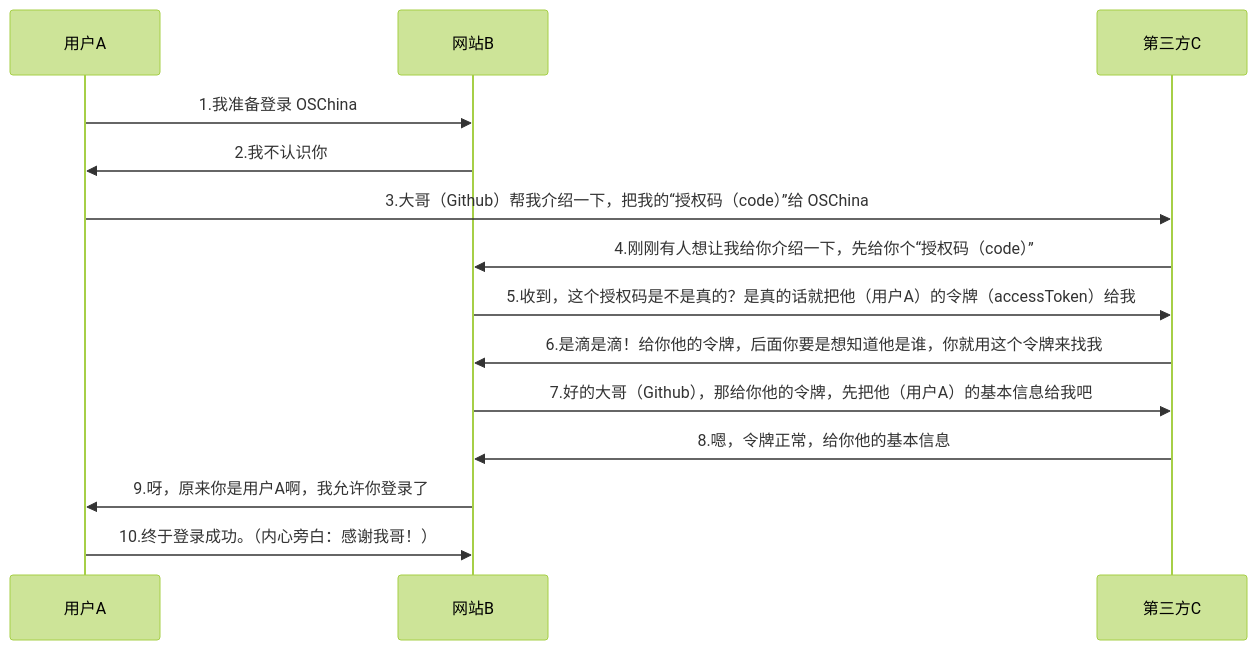
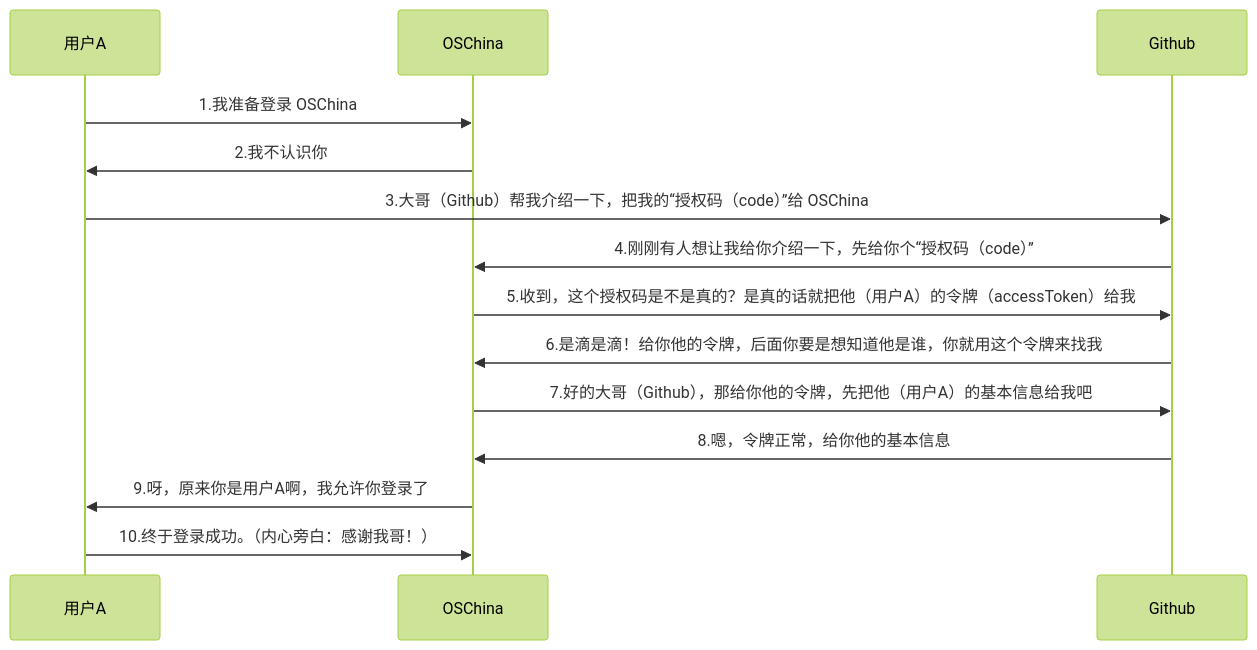
Before and after one commit to 379547990/justauth-docs: the diagram in quickstart/oauth.md, drawn with Mermaid (forest theme). The commit also changed 7 other files, not shown here.

```diff
--- a/quickstart/oauth.md
+++ b/quickstart/oauth.md
@@ -74,13 +74,13 @@
 <div class="mermaid">
     sequenceDiagram
-      用户A->>网站B: 1.我准备登录 OSChina
-      网站B->>用户A: 2.我不认识你
-      用户A->>第三方C: 3.大哥（Github）帮我介绍一下，把我的“授权码（code）”给 OSChina
-      第三方C->>网站B: 4.刚刚有人想让我给你介绍一下，先给你个“授权码（code）”
-      网站B->>第三方C: 5.收到，这个授权码是不是真的？是真的话就把他（用户A）的令牌（accessToken）给我
-      第三方C->>网站B: 6.是滴是滴！给你他的令牌，后面你要是想知道他是谁，你就用这个令牌来找我
-      网站B->>第三方C: 7.好的大哥（Github），那给你他的令牌，先把他（用户A）的基本信息给我吧
-      第三方C->>网站B: 8.嗯，令牌正常，给你他的基本信息
-      网站B->>用户A: 9.呀，原来你是用户A啊，我允许你登录了
-      用户A->>网站B: 10.终于登录成功。（内心旁白：感谢我哥！）
+      用户A->>OSChina: 1.我准备登录 OSChina
+      OSChina->>用户A: 2.我不认识你
+      用户A->>Github: 3.大哥（Github）帮我介绍一下，把我的“授权码（code）”给 OSChina
+      Github->>OSChina: 4.刚刚有人想让我给你介绍一下，先给你个“授权码（code）”
+      OSChina->>Github: 5.收到，这个授权码是不是真的？是真的话就把他（用户A）的令牌（accessToken）给我
+      Github->>OSChina: 6.是滴是滴！给你他的令牌，后面你要是想知道他是谁，你就用这个令牌来找我
+      OSChina->>Github: 7.好的大哥（Github），那给你他的令牌，先把他（用户A）的基本信息给我吧
+      Github->>OSChina: 8.嗯，令牌正常，给你他的基本信息
+      OSChina->>用户A: 9.呀，原来你是用户A啊，我允许你登录了
+      用户A->>OSChina: 10.终于登录成功。（内心旁白：感谢我哥！）
 </div>
```
